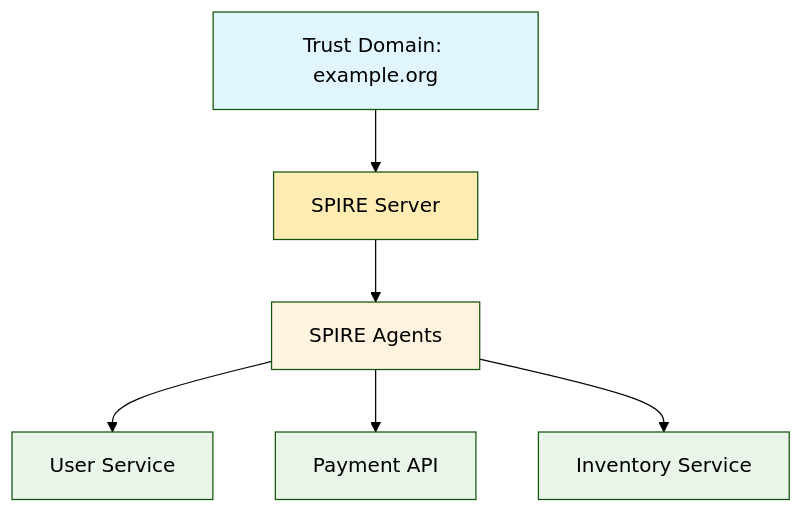
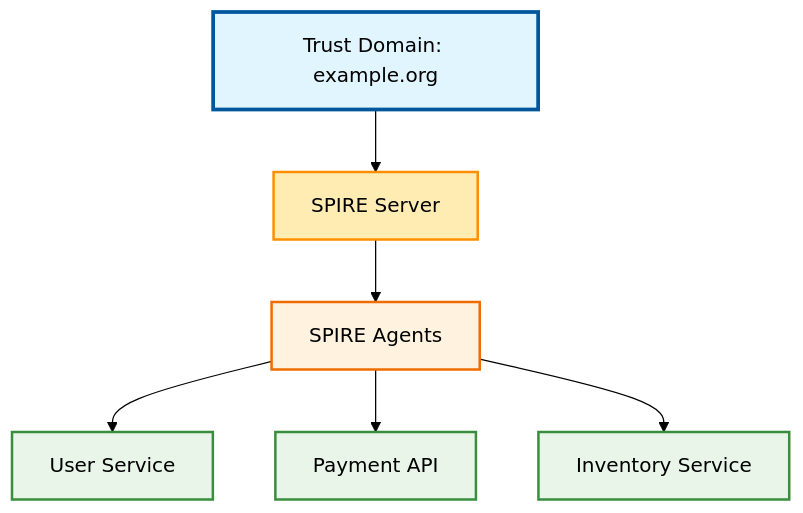
The first of 3 diagrams in docs-mkdocs/architecture/overview.md (jfiser247/spire-dev), drawn with Mermaid (forest theme) before and after one commit. The commit also changed other lines of this file and 8 other files, not shown here.

First line of the commit message:
Standardize all diagram formats and fix border alignment issues

````diff
--- a/docs-mkdocs/architecture/overview.md
+++ b/docs-mkdocs/architecture/overview.md
@@ -59,15 +59,15 @@
 ```mermaid
 graph TD
     A[Trust Domain: example.org] --> B[SPIRE Server]
     B --> C[SPIRE Agents]
     C --> D[User Service]
     C --> E[Payment API]
     C --> F[Inventory Service]
     
-    style A fill:#e1f5fe
-    style B fill:#ffecb3
-    style C fill:#fff3e0
-    style D fill:#e8f5e8
-    style E fill:#e8f5e8
-    style F fill:#e8f5e8
+    style A fill:#e1f5fe,stroke:#01579b,stroke-width:3px
+    style B fill:#ffecb3,stroke:#ff8f00,stroke-width:2px
+    style C fill:#fff3e0,stroke:#ef6c00,stroke-width:2px
+    style D fill:#e8f5e8,stroke:#388e3c,stroke-width:2px
+    style E fill:#e8f5e8,stroke:#388e3c,stroke-width:2px
+    style F fill:#e8f5e8,stroke:#388e3c,stroke-width:2px
 ```
````
